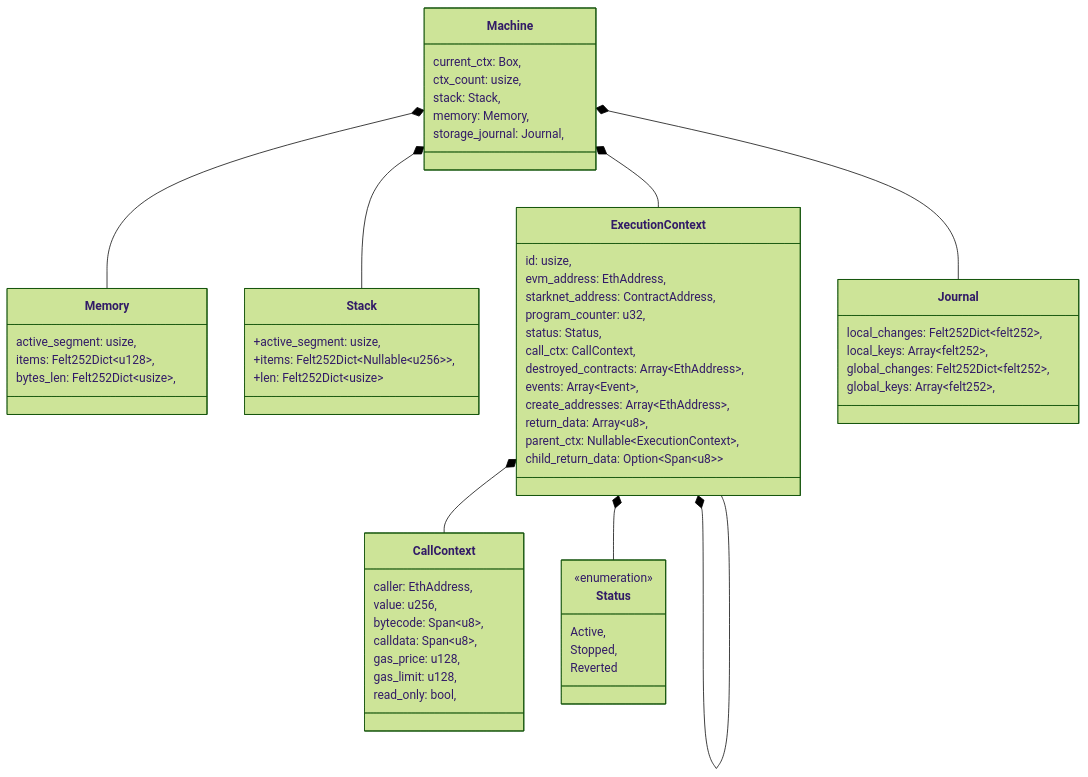
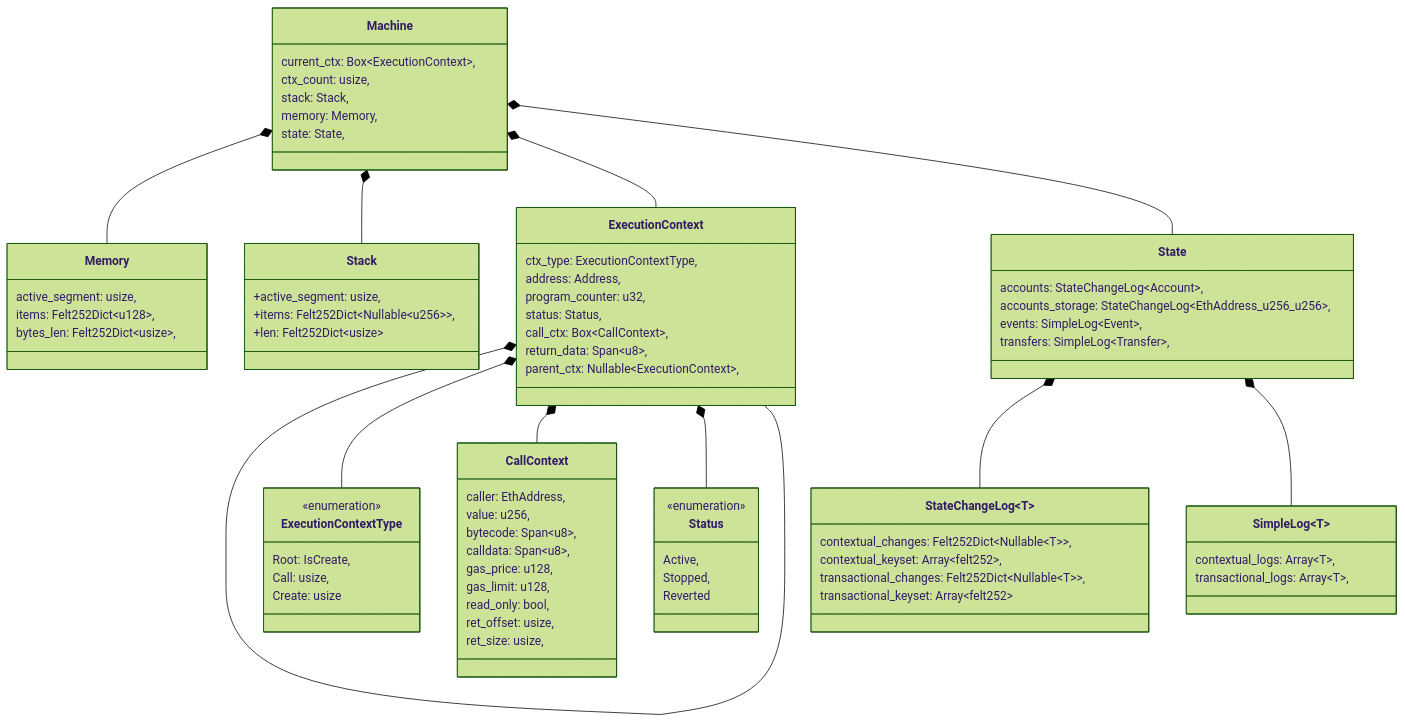
Before and after one commit to kkrt-labs/kakarot-ssj: the diagram in docs/general/machine.md, drawn with Mermaid (forest theme). The commit also changed other lines of this file and 11 other files, not shown here.

````diff
--- a/docs/general/machine.md
+++ b/docs/general/machine.md
@@ -46,11 +46,11 @@
 ```mermaid
 classDiagram
     class Machine{
-        current_ctx: Box<ExecutionContext>,
+        current_ctx: Box~ExecutionContext~,
         ctx_count: usize,
         stack: Stack,
         memory: Memory,
-        storage_journal: Journal,
+        state: State,
     }
 
     class Memory{
@@ -66,20 +66,21 @@
     }
 
     class ExecutionContext{
-        id: usize,
-        evm_address: EthAddress,
-        starknet_address: ContractAddress,
-        program_counter: u32,
-        status: Status,
-        call_ctx: CallContext,
-        destroyed_contracts: Array~EthAddress~,
-        events: Array~Event~,
-        create_addresses: Array~EthAddress~,
-        return_data: Array~u8~,
-        parent_ctx: Nullable~ExecutionContext~,
-        child_return_data: Option~Span~u8~~
+      ctx_type: ExecutionContextType,
+      address: Address,
+      program_counter: u32,
+      status: Status,
+      call_ctx: Box~CallContext~,
+      return_data: Span~u8~,
+      parent_ctx: Nullable~ExecutionContext~,
     }
 
+    class ExecutionContextType {
+      <<enumeration>>
+      Root: IsCreate,
+      Call: usize,
+      Create: usize
+    }
 
     class CallContext{
         caller: EthAddress,
@@ -89,13 +90,27 @@
         gas_price: u128,
         gas_limit: u128,
         read_only: bool,
+        ret_offset: usize,
+        ret_size: usize,
     }
 
-    class Journal{
-        local_changes: Felt252Dict~felt252~,
-        local_keys: Array~felt252~,
-        global_changes: Felt252Dict~felt252~,
-        global_keys: Array~felt252~,
+    class State{
+      accounts: StateChangeLog~Account~,
+      accounts_storage: StateChangeLog~EthAddress_u256_u256~,
+      events: SimpleLog~Event~,
+      transfers: SimpleLog~Transfer~,
+    }
+
+    class StateChangeLog~T~ {
+      contextual_changes: Felt252Dict~Nullable~T~~,
+      contextual_keyset: Array~felt252~,
+      transactional_changes: Felt252Dict~Nullable~T~~,
+      transactional_keyset: Array~felt252~
+    }
+
+    class SimpleLog~T~ {
+      contextual_logs: Array~T~,
+      transactional_logs: Array~T~,
     }
 
     class Status{
@@ -109,8 +124,11 @@
     Machine *-- Memory
     Machine *-- Stack
     Machine *-- ExecutionContext
-    Machine *-- Journal
+    Machine *-- State
     ExecutionContext *-- ExecutionContext
+    ExecutionContext *-- ExecutionContextType
     ExecutionContext *-- CallContext
     ExecutionContext *-- Status
+    State *-- StateChangeLog
+    State *-- SimpleLog
 ```
````
